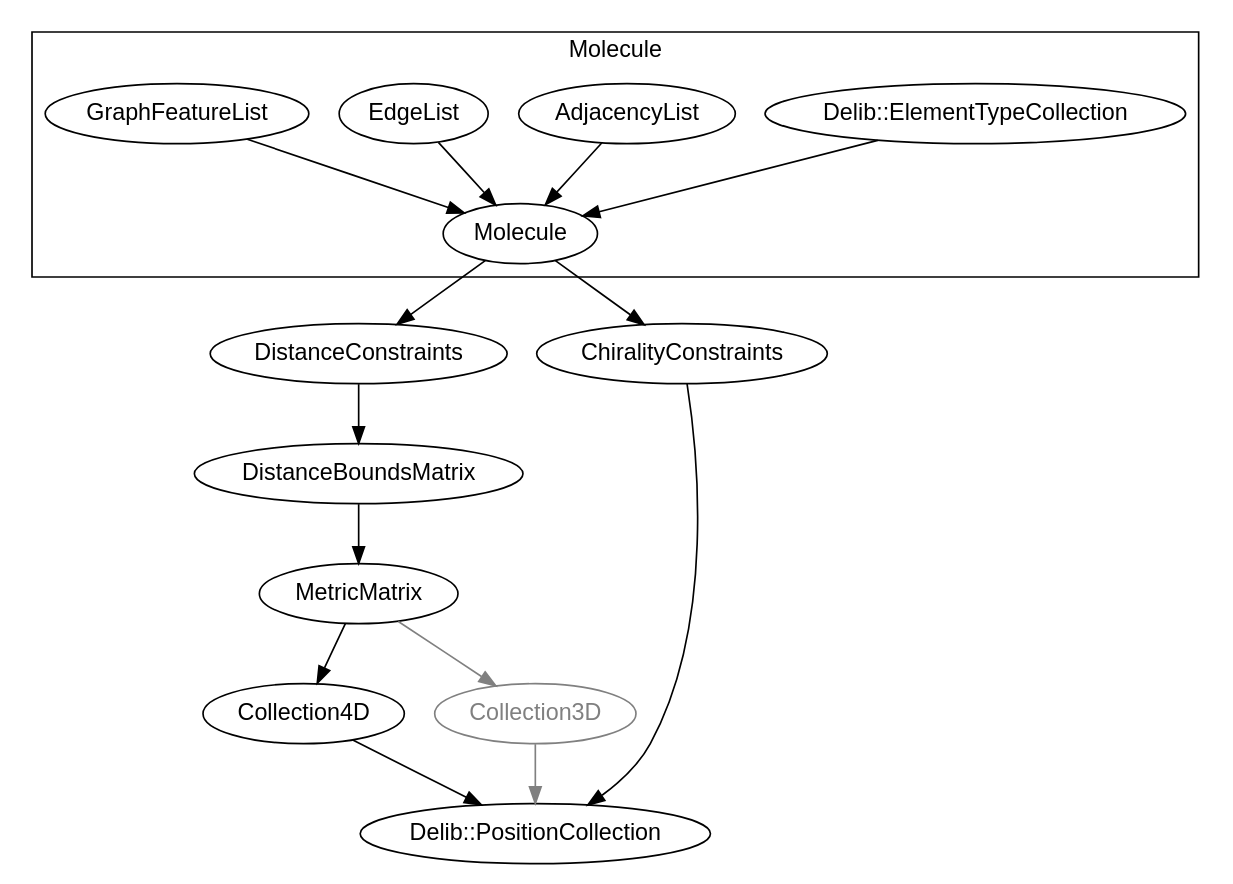
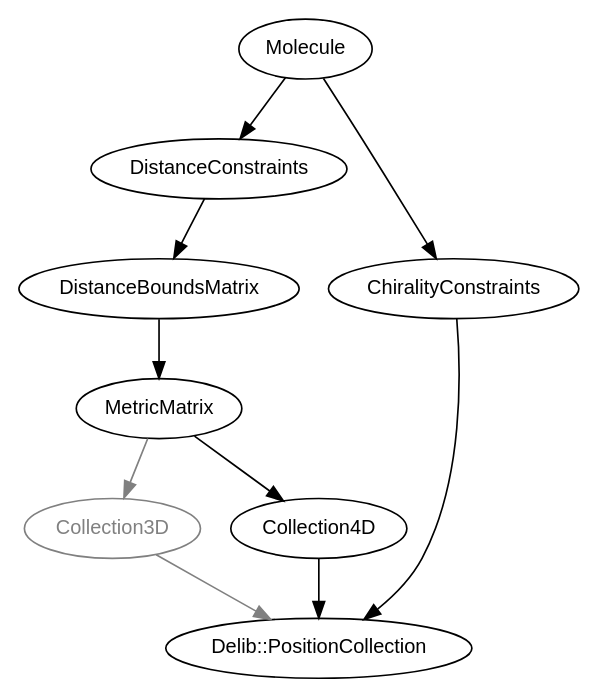
Before and after one commit to qcscine/molassembler: the diagram in documents/dg_idea/dg.dot, drawn with Graphviz. The commit also changed 6 other files, not shown here.

```diff
--- a/documents/dg_idea/dg.dot
+++ b/documents/dg_idea/dg.dot
@@ -1,24 +1,25 @@
 digraph G {
-  graph [fontname = "Arial"];
-  node [fontname = "Arial"];
+  graph [fontname = "Arial", fontsize=12];
+  node [fontname = "Arial", fontsize=12];
   edge [fontname = "Arial"];
 
-  subgraph cluster_0 {
+  /*subgraph cluster_0 {
     label = "Molecule";
+    "optional<Delib::PositionCollection>" -> "Molecule";
     "Delib::ElementTypeCollection" -> "Molecule";
     "AdjacencyList" -> "Molecule";
     "EdgeList" -> "Molecule";
-    "GraphFeatureList" -> "Molecule";
-  }
+    "StereocenterList" -> "Molecule";
+  }*/
+  "Collection3D" [color="gray", fontcolor="gray"];
+
   "Molecule" -> "DistanceConstraints";
   "Molecule" -> "ChiralityConstraints";
   "DistanceConstraints" -> "DistanceBoundsMatrix";
   "DistanceBoundsMatrix" -> "MetricMatrix";
   "MetricMatrix" -> "Collection4D";
   "MetricMatrix" -> "Collection3D" [color="gray"];
   "Collection4D" -> "Delib::PositionCollection";
   "Collection3D" -> "Delib::PositionCollection" [color="gray"];
   "ChiralityConstraints" -> "Delib::PositionCollection";
-
-  "Collection3D" [color="gray", fontcolor="gray"];
 }
```
